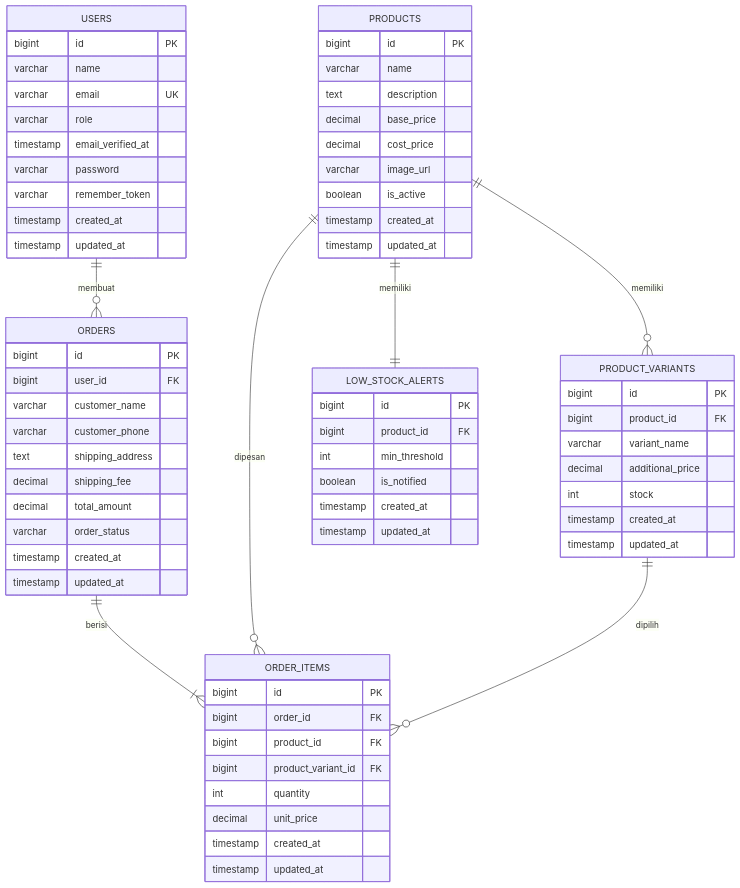
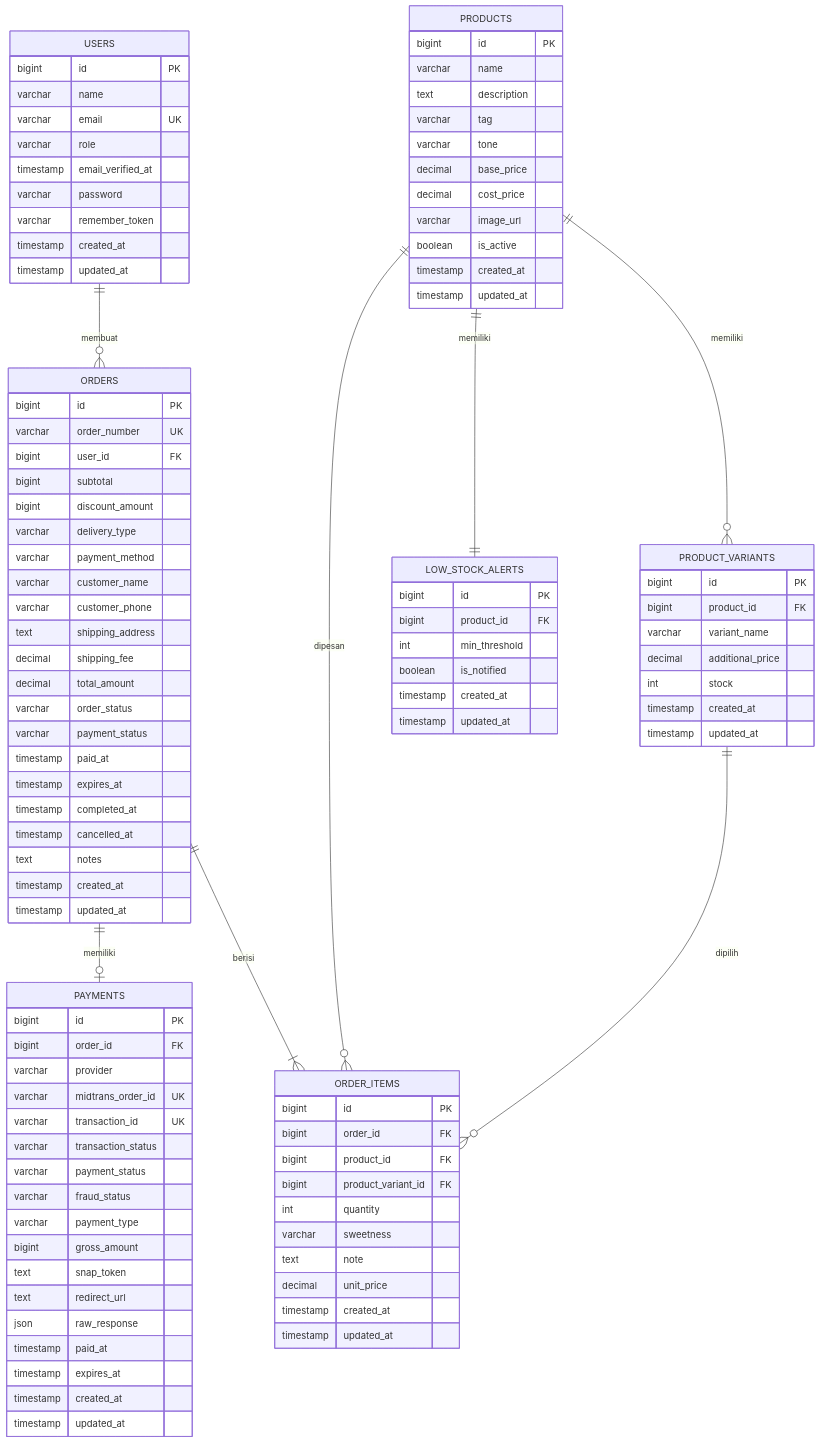
The diagram in README.md (afrizarasyahaha-svg/laravel-matcha), drawn with Mermaid before and after one commit. The commit also changed other lines of this file, not shown here.

Commit message:
docs: update dokumentasi berdasarkan fitur midtrans

````diff
--- a/README.md
+++ b/README.md
@@ -499,6 +968,7 @@
 ```mermaid
 erDiagram
     USERS ||--o{ ORDERS : "membuat"
+    ORDERS ||--o| PAYMENTS : "memiliki"
     PRODUCTS ||--o{ PRODUCT_VARIANTS : "memiliki"
     PRODUCTS ||--|| LOW_STOCK_ALERTS : "memiliki"
     ORDERS ||--|{ ORDER_ITEMS : "berisi"
@@ -521,6 +991,8 @@
         bigint id PK
         varchar name
         text description
+        varchar tag
+        varchar tone
         decimal base_price
         decimal cost_price
         varchar image_url
@@ -550,13 +1022,44 @@
 
     ORDERS {
         bigint id PK
+        varchar order_number UK
         bigint user_id FK
+        bigint subtotal
+        bigint discount_amount
+        varchar delivery_type
+        varchar payment_method
         varchar customer_name
         varchar customer_phone
         text shipping_address
         decimal shipping_fee
         decimal total_amount
         varchar order_status
+        varchar payment_status
+        timestamp paid_at
+        timestamp expires_at
+        timestamp completed_at
+        timestamp cancelled_at
+        text notes
+        timestamp created_at
+        timestamp updated_at
+    }
+
+    PAYMENTS {
+        bigint id PK
+        bigint order_id FK
+        varchar provider
+        varchar midtrans_order_id UK
+        varchar transaction_id UK
+        varchar transaction_status
+        varchar payment_status
+        varchar fraud_status
+        varchar payment_type
+        bigint gross_amount
+        text snap_token
+        text redirect_url
+        json raw_response
+        timestamp paid_at
+        timestamp expires_at
         timestamp created_at
         timestamp updated_at
     }
@@ -567,6 +1070,8 @@
         bigint product_id FK
         bigint product_variant_id FK
         int quantity
+        varchar sweetness
+        text note
         decimal unit_price
         timestamp created_at
         timestamp updated_at
````
